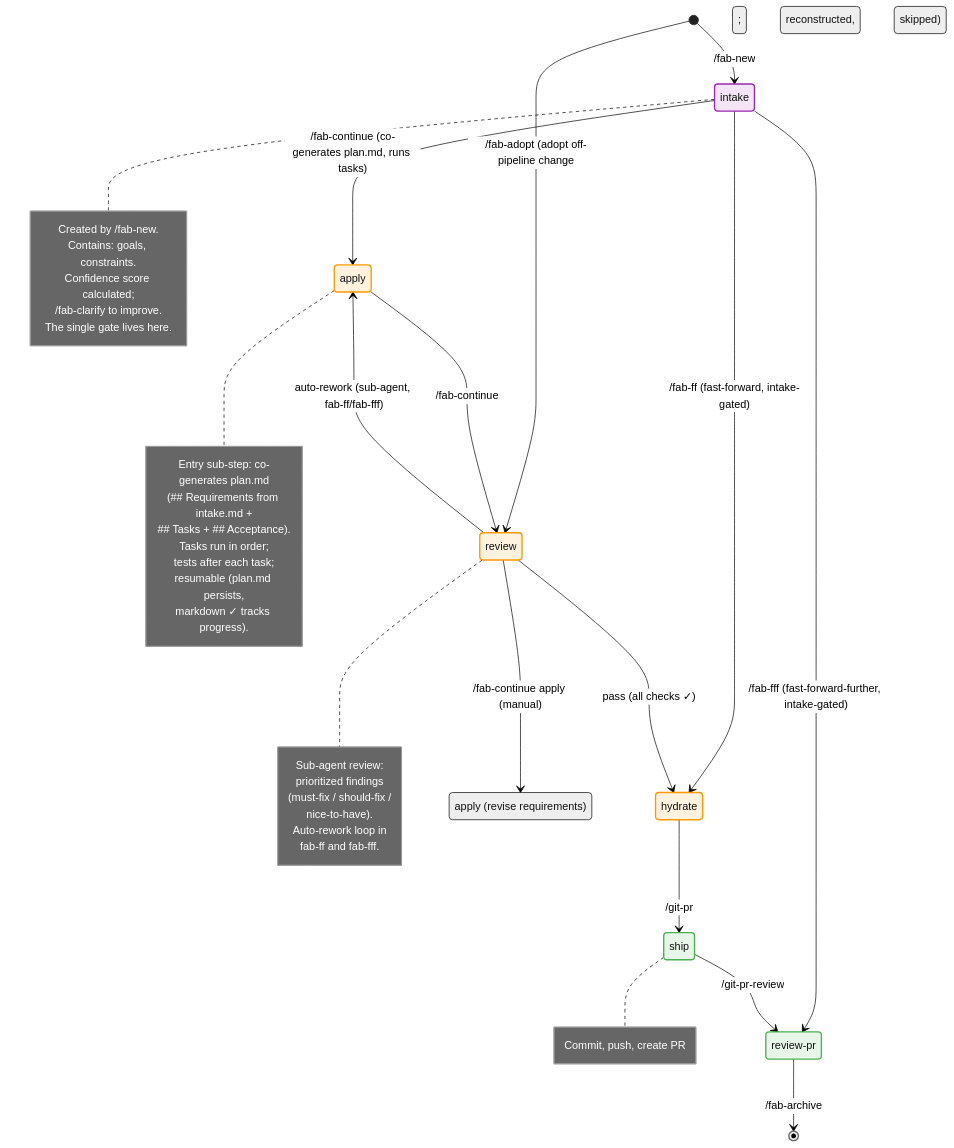
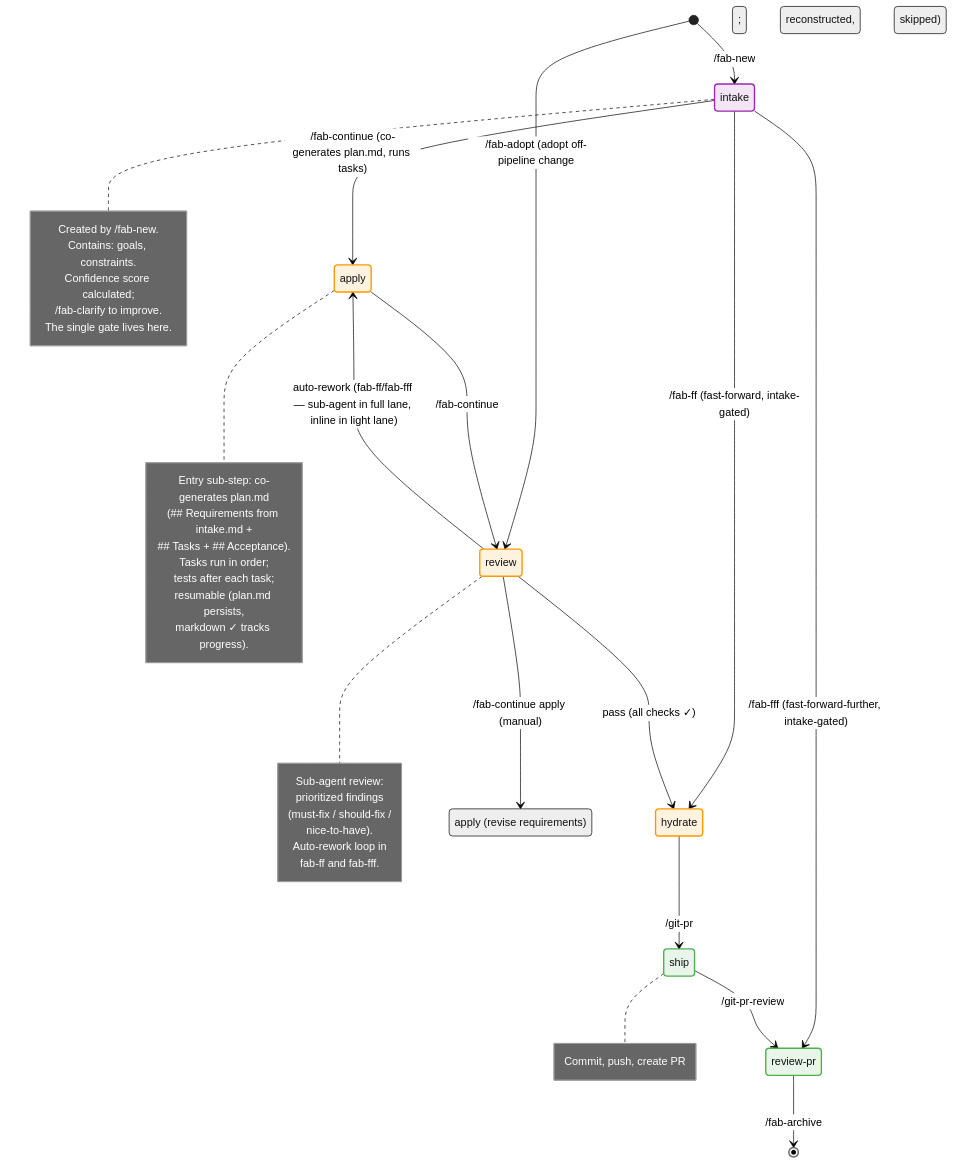
The third of 4 diagrams in docs/specs/user-flow.md (sahil87/fab-kit), drawn with Mermaid (neutral theme) before and after one commit. The commit also changed 9 other files, not shown here.

Commit message:
docs: lane-accuracy polish from the light-lane review (3olp)

````diff
--- a/docs/specs/user-flow.md
+++ b/docs/specs/user-flow.md
@@ -93,66 +93,66 @@
 ```mermaid
 stateDiagram-v2
     direction TB
 
     [*] --> intake: /fab-new
     [*] --> review: /fab-adopt (adopt off-pipeline change; intake reconstructed, apply skipped)
 
     intake --> apply: /fab-continue (co-generates plan.md, runs tasks)
     intake --> hydrate: /fab-ff (fast-forward, intake-gated)
     intake --> review_pr: /fab-fff (fast-forward-further, intake-gated)
 
     apply --> review: /fab-continue
 
     review --> hydrate: pass (all checks ✓)
-    review --> apply: auto-rework (sub-agent, fab-ff/fab-fff)
+    review --> apply: auto-rework (fab-ff/fab-fff — sub-agent in full lane, inline in light lane)
     review --> earlier_stage: /fab-continue apply (manual)
 
     state "apply (revise requirements)" as earlier_stage
 
     hydrate --> ship: /git-pr
     ship --> review_pr: /git-pr-review
     review_pr --> [*]: /fab-archive
 
     state "review-pr" as review_pr
 
     note right of intake
         Created by /fab-new.
         Contains: goals, constraints.
         Confidence score calculated;
         /fab-clarify to improve.
         The single gate lives here.
     end note
 
     note right of apply
         Entry sub-step: co-generates plan.md
         (## Requirements from intake.md +
         ## Tasks + ## Acceptance).
         Tasks run in order;
         tests after each task;
         resumable (plan.md persists,
         markdown ✓ tracks progress).
     end note
 
     note right of review
         Sub-agent review:
         prioritized findings
         (must-fix / should-fix /
         nice-to-have).
         Auto-rework loop in
         fab-ff and fab-fff.
     end note
 
     note right of ship
         Commit, push, create PR
     end note
 
     %% Styles
     classDef planning fill:#e8f4f8,stroke:#2196F3,stroke-width:2px
     classDef execution fill:#fff3e0,stroke:#FF9800,stroke-width:2px
     classDef shipping fill:#e8f5e9,stroke:#4CAF50,stroke-width:2px
     classDef input fill:#f3e5f5,stroke:#9C27B0,stroke-width:2px
 
     class intake input
     class apply,review,hydrate execution
     class ship,review_pr shipping
 ```
````
